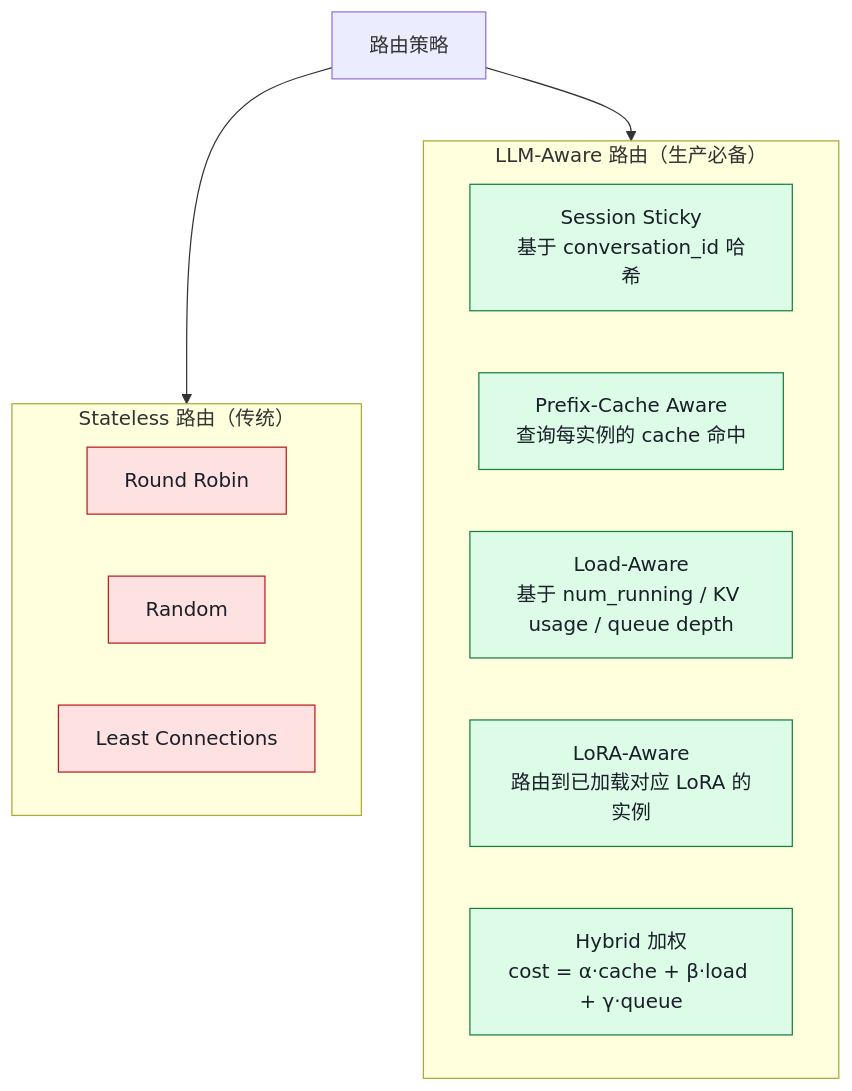
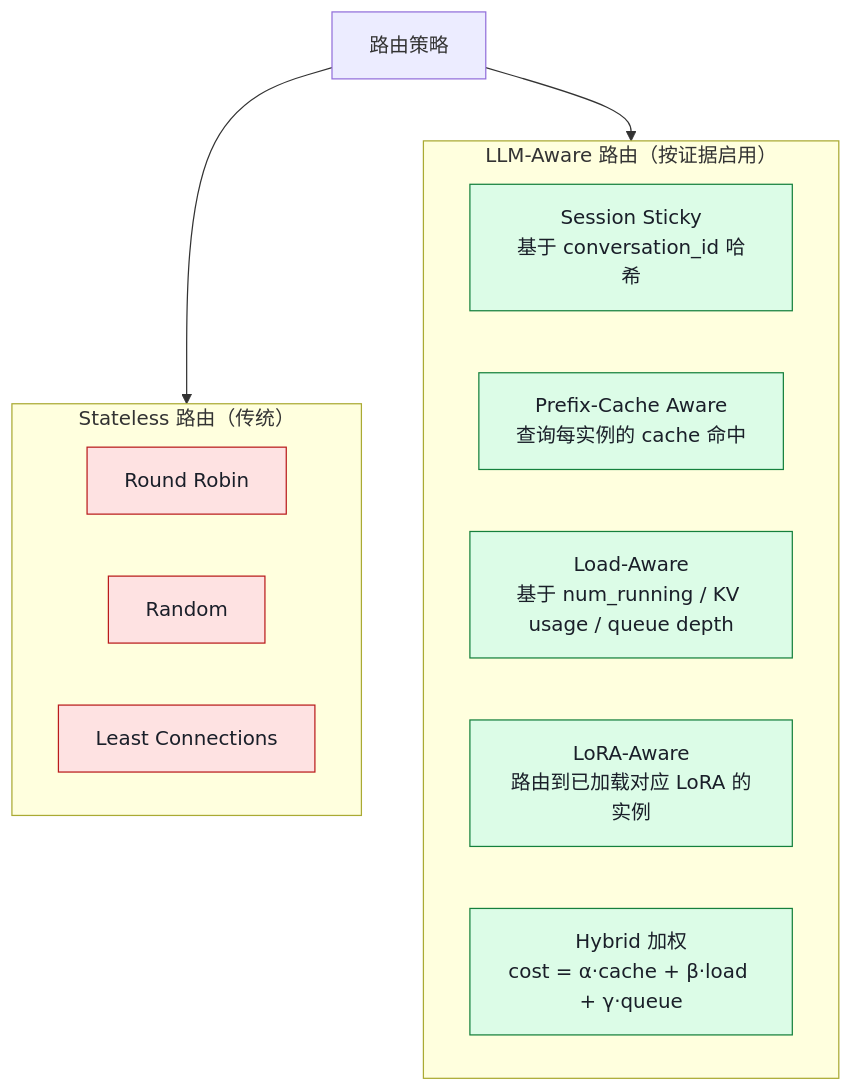
One commit to jwzheng96/vllm-learning-book changed the first of 5 diagrams in 08-production-deployment/02-smart-routing-and-load-balancing.md. Above: the diagram before and after it, drawn with Mermaid. The commit also changed other lines of this file and 31 other files, not shown here.

````diff
--- a/08-production-deployment/02-smart-routing-and-load-balancing.md
+++ b/08-production-deployment/02-smart-routing-and-load-balancing.md
@@ -46,23 +50,23 @@
 ```mermaid
 flowchart TB
     Root["路由策略"]
     subgraph Stateless["Stateless 路由（传统）"]
         S1["Round Robin"]
         S2["Random"]
         S3["Least Connections"]
     end
-    subgraph LLMAware["LLM-Aware 路由（生产必备）"]
+    subgraph LLMAware["LLM-Aware 路由（按证据启用）"]
         L1["Session Sticky<br/>基于 conversation_id 哈希"]
         L2["Prefix-Cache Aware<br/>查询每实例的 cache 命中"]
         L3["Load-Aware<br/>基于 num_running / KV usage / queue depth"]
         L4["LoRA-Aware<br/>路由到已加载对应 LoRA 的实例"]
         L5["Hybrid 加权<br/>cost = α·cache + β·load + γ·queue"]
     end
     Root --> Stateless
     Root --> LLMAware
 
     classDef bad  fill:#fee2e2,stroke:#b91c1c,color:#1a1f29;
     classDef good fill:#dcfce7,stroke:#15803d,color:#1a1f29;
     class S1,S2,S3 bad;
     class L1,L2,L3,L4,L5 good;
 ```
````
